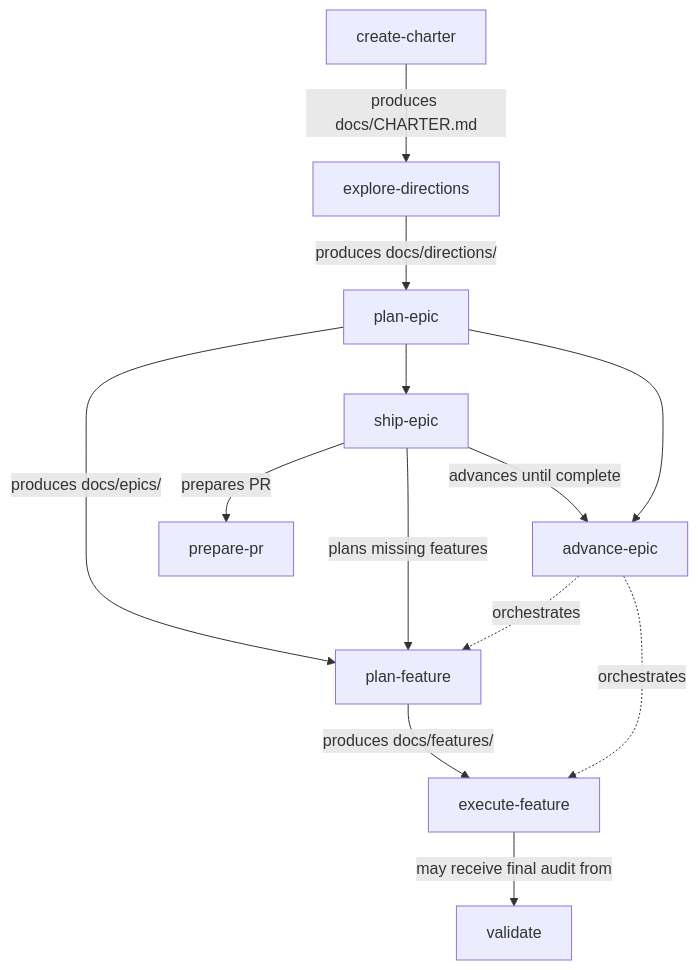
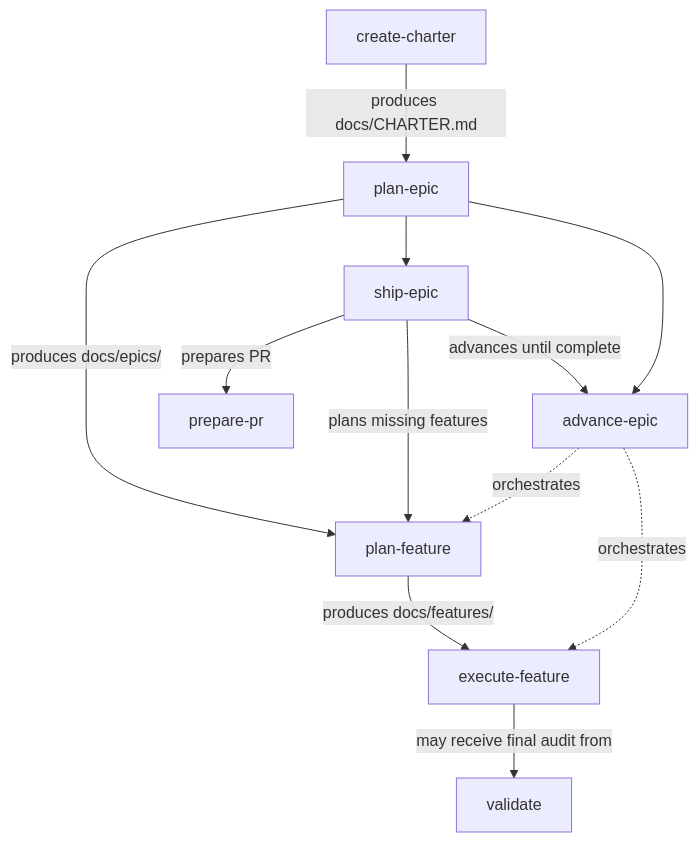
One commit to pnewsam/skills changed the second of 5 diagrams in README.md. Above: the diagram before and after it, drawn with Mermaid. The commit also changed other lines of this file and 16 other files, not shown here.

````diff
--- a/README.md
+++ b/README.md
@@ -116,15 +110,14 @@
 ```mermaid
 flowchart TD
-    CC[create-charter] -->|produces docs/CHARTER.md| ED[explore-directions]
-    ED -->|produces docs/directions/| PE[plan-epic]
+    CC[create-charter] -->|produces docs/CHARTER.md| PE[plan-epic]
     PE -->|produces docs/epics/| PF[plan-feature]
     PE --> SP[ship-epic]
     SP -->|plans missing features| PF
     SP -->|advances until complete| AE
     SP -->|prepares PR| PPR[prepare-pr]
     PF -->|produces docs/features/| EF[execute-feature]
     EF -->|may receive final audit from| VF[validate]
     PE --> AE[advance-epic]
     AE -.->|orchestrates| PF
     AE -.->|orchestrates| EF
 ```
````
